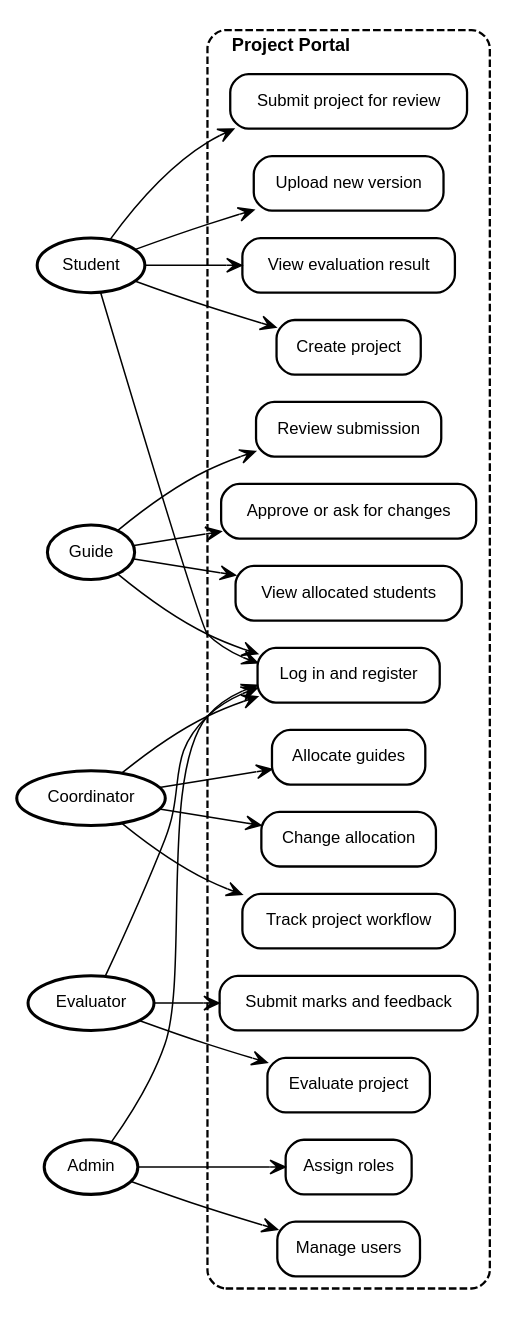
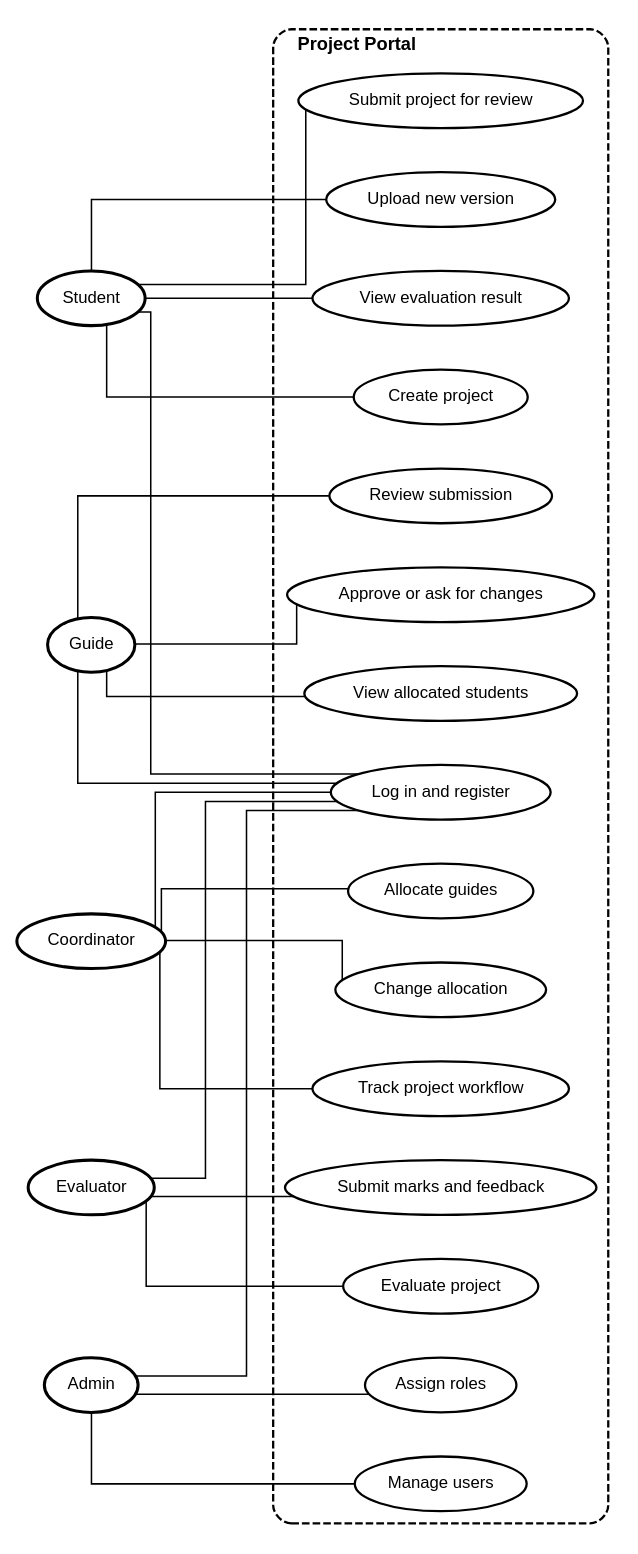
One commit to akshita777/iips-ug-pg-project-repository-system changed the diagram in docs/diagrams/05-use-case.dot. Above: the diagram before and after it, drawn with Graphviz. The commit also changed 60 other files, not shown here.

First line of the commit message:
Switch diagrams to PNG and fix layouts that were hard to read

```diff
--- a/docs/diagrams/05-use-case.dot
+++ b/docs/diagrams/05-use-case.dot
@@ -1,66 +1,71 @@
 digraph use_case_model {
   rankdir=LR;
   bgcolor="white";
   fontname="Helvetica";
   fontsize=12;
   labeljust="l";
+  nodesep=0.4;
+  ranksep=1.1;
+  splines=ortho;
 
-  node [fontname="Helvetica", fontsize=11, shape=box, style="rounded,filled",
+  node [fontname="Helvetica", fontsize=11, shape=ellipse, style="filled",
         fillcolor="white", color="black", penwidth=1.5];
-  edge [fontname="Helvetica", fontsize=10, color="black", arrowhead="vee"];
+  edge [fontname="Helvetica", fontsize=10, color="black", arrowhead="none"];
 
   subgraph cluster_system {
     label="Project Portal";
     fontname="Helvetica-Bold";
     fontsize=12;
     style="rounded,dashed";
     color="black";
     penwidth=1.5;
 
     uc_login [label="Log in and register"];
     uc_create [label="Create project"];
     uc_submit [label="Submit project for review"];
     uc_version [label="Upload new version"];
     uc_result [label="View evaluation result"];
     uc_review [label="Review submission"];
     uc_decide [label="Approve or ask for changes"];
     uc_students [label="View allocated students"];
     uc_allocate [label="Allocate guides"];
     uc_override [label="Change allocation"];
     uc_workflow [label="Track project workflow"];
     uc_evaluate [label="Evaluate project"];
     uc_marks [label="Submit marks and feedback"];
     uc_users [label="Manage users"];
     uc_roles [label="Assign roles"];
   }
 
   student [label="Student", shape=ellipse, style="filled", fillcolor="white", penwidth=2];
   guide [label="Guide", shape=ellipse, style="filled", fillcolor="white", penwidth=2];
   coordinator [label="Coordinator", shape=ellipse, style="filled", fillcolor="white", penwidth=2];
   evaluator [label="Evaluator", shape=ellipse, style="filled", fillcolor="white", penwidth=2];
   admin [label="Admin", shape=ellipse, style="filled", fillcolor="white", penwidth=2];
 
+  { rank=same; student; guide; coordinator; evaluator; admin; }
+
   student -> uc_login;
   student -> uc_create;
   student -> uc_submit;
   student -> uc_version;
   student -> uc_result;
 
   guide -> uc_login;
   guide -> uc_review;
   guide -> uc_decide;
   guide -> uc_students;
 
   coordinator -> uc_login;
   coordinator -> uc_allocate;
   coordinator -> uc_override;
   coordinator -> uc_workflow;
 
   evaluator -> uc_login;
   evaluator -> uc_evaluate;
   evaluator -> uc_marks;
 
   admin -> uc_login;
   admin -> uc_users;
   admin -> uc_roles;
 }
```
